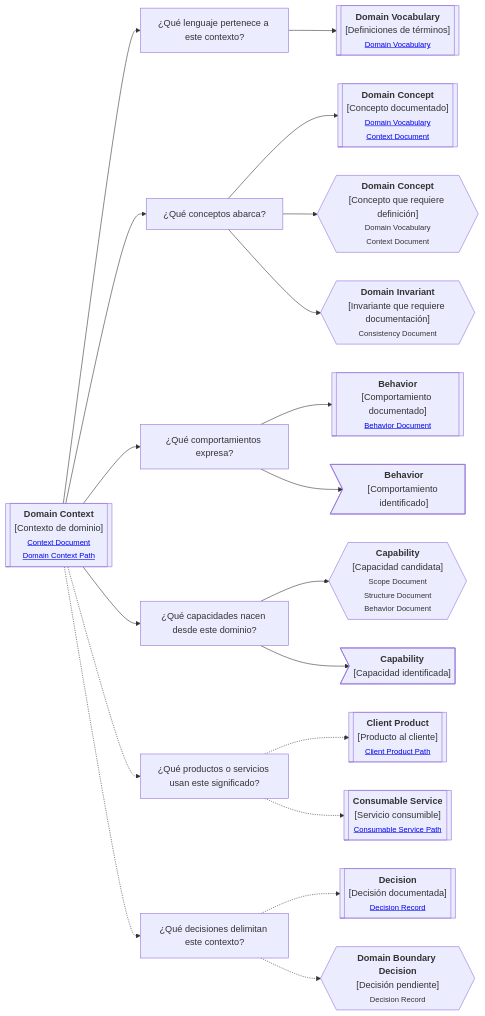
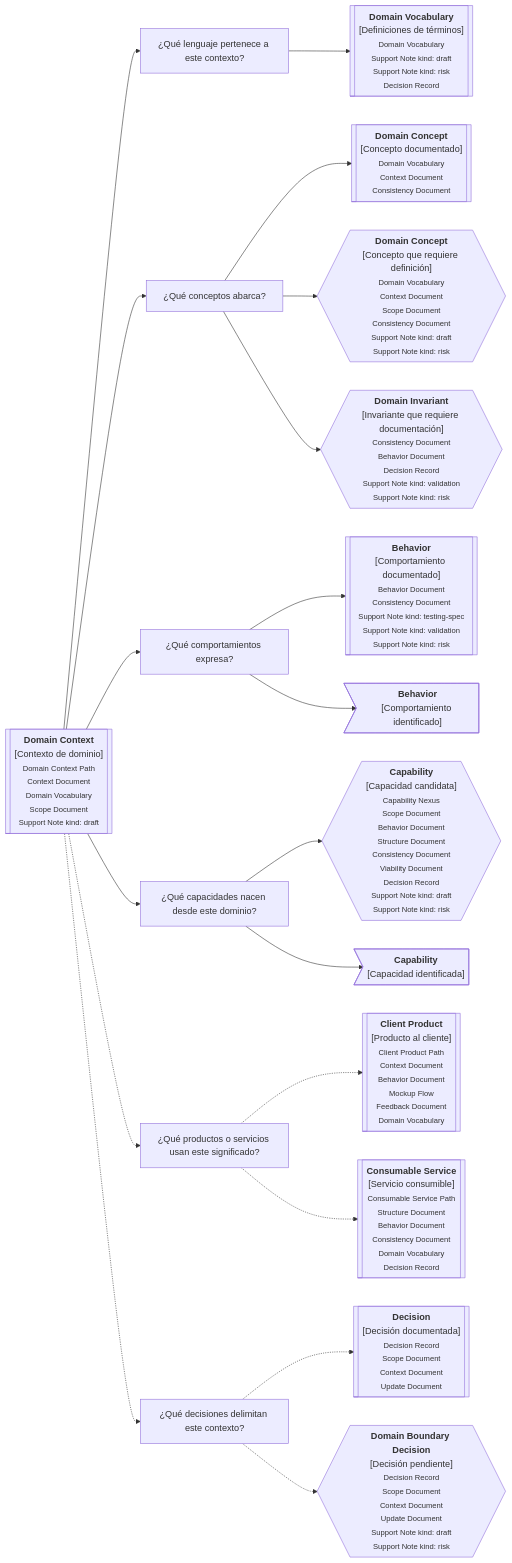
The diagram in docs/es/alive-lab/research/notes/docs-standard/artifacts/continuity-paths/core/domain-context.md (vslices/docs), drawn with Mermaid before and after one commit. The commit also changed 18 other files, not shown here.

````diff
--- a/docs/es/alive-lab/research/notes/docs-standard/artifacts/continuity-paths/core/domain-context.md
+++ b/docs/es/alive-lab/research/notes/docs-standard/artifacts/continuity-paths/core/domain-context.md
@@ -39,29 +39,29 @@
 ```mermaid
 flowchart LR
-    A[["<b>Domain Context</b><br/>[Contexto de dominio]<br/><small><a href='link'>Context Document</a><br/><a href='link'>Domain Context Path</a></small>"]]
+    A[["<b>Domain Context</b><br/>[Contexto de dominio]<br/><small>Domain Context Path<br/>Context Document<br/>Domain Vocabulary<br/>Scope Document<br/>Support Note kind: draft</small>"]]
 
     A --> P1["¿Qué lenguaje pertenece a este contexto?"]
     A --> P2["¿Qué conceptos abarca?"]
     A --> P3["¿Qué comportamientos expresa?"]
     A --> P4["¿Qué capacidades nacen desde este dominio?"]
     A -.-> P5["¿Qué productos o servicios usan este significado?"]
     A -.-> P6["¿Qué decisiones delimitan este contexto?"]
 
-    P1 --> L1[["<b>Domain Vocabulary</b><br/>[Definiciones de términos]<br/><small><a href='link'>Domain Vocabulary</a></small>"]]
+    P1 --> L1[["<b>Domain Vocabulary</b><br/>[Definiciones de términos]<br/><small>Domain Vocabulary<br/>Support Note kind: draft<br/>Support Note kind: risk<br/>Decision Record</small>"]]
 
-    P2 --> C1[["<b>Domain Concept</b><br/>[Concepto documentado]<br/><small><a href='link'>Domain Vocabulary</a><br/><a href='link'>Context Document</a></small>"]]
-    P2 --> C2{{"<b>Domain Concept</b><br/>[Concepto que requiere definición]<br/><small>Domain Vocabulary<br/>Context Document</small>"}}
-    P2 --> I1{{"<b>Domain Invariant</b><br/>[Invariante que requiere documentación]<br/><small>Consistency Document</small>"}}
+    P2 --> C1[["<b>Domain Concept</b><br/>[Concepto documentado]<br/><small>Domain Vocabulary<br/>Context Document<br/>Consistency Document</small>"]]
+    P2 --> C2{{"<b>Domain Concept</b><br/>[Concepto que requiere definición]<br/><small>Domain Vocabulary<br/>Context Document<br/>Scope Document<br/>Consistency Document<br/>Support Note kind: draft<br/>Support Note kind: risk</small>"}}
+    P2 --> I1{{"<b>Domain Invariant</b><br/>[Invariante que requiere documentación]<br/><small>Consistency Document<br/>Behavior Document<br/>Decision Record<br/>Support Note kind: validation<br/>Support Note kind: risk</small>"}}
 
-    P3 --> B1[["<b>Behavior</b><br/>[Comportamiento documentado]<br/><small><a href='link'>Behavior Document</a></small>"]]
+    P3 --> B1[["<b>Behavior</b><br/>[Comportamiento documentado]<br/><small>Behavior Document<br/>Consistency Document<br/>Support Note kind: testing-spec<br/>Support Note kind: validation<br/>Support Note kind: risk</small>"]]
     P3 --> B2>"<b>Behavior</b><br/>[Comportamiento identificado]"]
 
-    P4 --> CA1{{"<b>Capability</b><br/>[Capacidad candidata]<br/><small>Scope Document<br/>Structure Document<br/>Behavior Document</small>"}}
+    P4 --> CA1{{"<b>Capability</b><br/>[Capacidad candidata]<br/><small>Capability Nexus<br/>Scope Document<br/>Behavior Document<br/>Structure Document<br/>Consistency Document<br/>Viability Document<br/>Decision Record<br/>Support Note kind: draft<br/>Support Note kind: risk</small>"}}
     P4 --> CA2>"<b>Capability</b><br/>[Capacidad identificada]"]
 
-    P5 -.-> Pdt[["<b>Client Product</b><br/>[Producto al cliente]<br/><small><a href='link'>Client Product Path</a></small>"]]
-    P5 -.-> Svc[["<b>Consumable Service</b><br/>[Servicio consumible]<br/><small><a href='link'>Consumable Service Path</a></small>"]]
+    P5 -.-> Pdt[["<b>Client Product</b><br/>[Producto al cliente]<br/><small>Client Product Path<br/>Context Document<br/>Behavior Document<br/>Mockup Flow<br/>Feedback Document<br/>Domain Vocabulary</small>"]]
+    P5 -.-> Svc[["<b>Consumable Service</b><br/>[Servicio consumible]<br/><small>Consumable Service Path<br/>Structure Document<br/>Behavior Document<br/>Consistency Document<br/>Domain Vocabulary<br/>Decision Record</small>"]]
 
-    P6 -.-> D1[["<b>Decision</b><br/>[Decisión documentada]<br/><small><a href='link'>Decision Record</a></small>"]]
-    P6 -.-> D2{{"<b>Domain Boundary Decision</b><br/>[Decisión pendiente]<br/><small>Decision Record</small>"}}
+    P6 -.-> D1[["<b>Decision</b><br/>[Decisión documentada]<br/><small>Decision Record<br/>Scope Document<br/>Context Document<br/>Update Document</small>"]]
+    P6 -.-> D2{{"<b>Domain Boundary Decision</b><br/>[Decisión pendiente]<br/><small>Decision Record<br/>Scope Document<br/>Context Document<br/>Update Document<br/>Support Note kind: draft<br/>Support Note kind: risk</small>"}}
 ```
````
